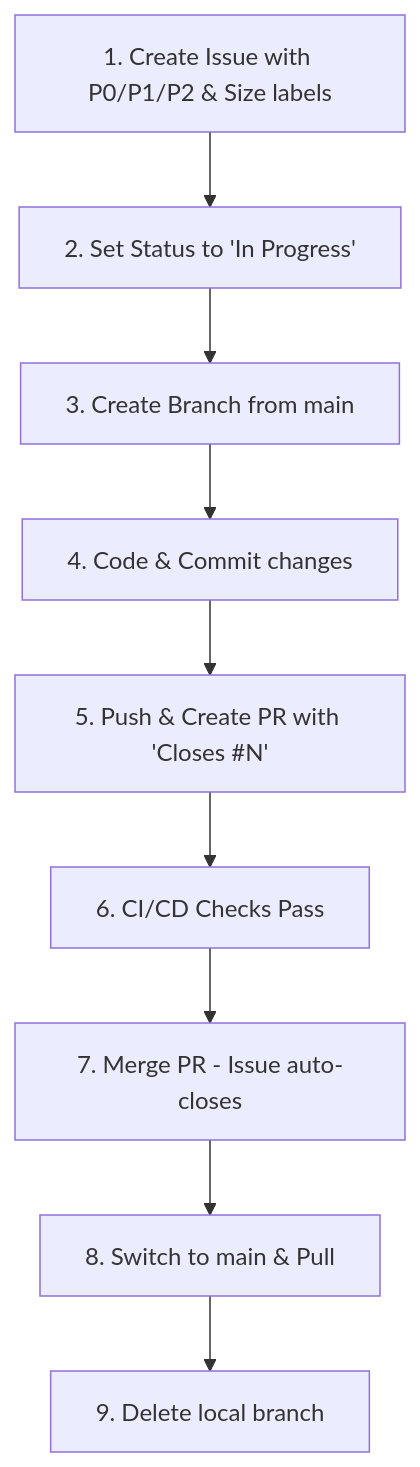
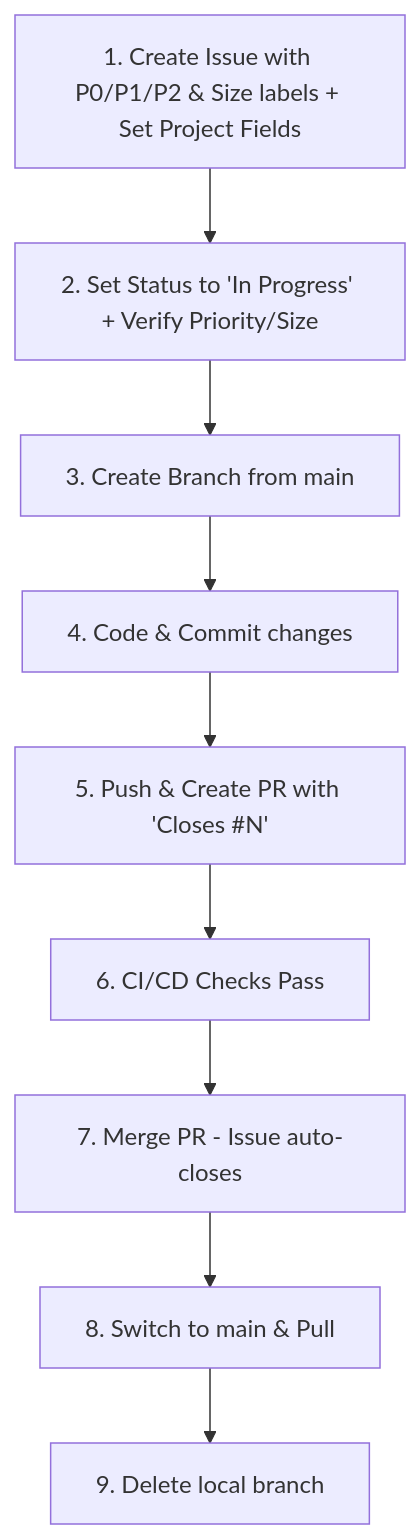
Before and after one commit to nmohamaya/Cooking_app: the diagram in MyRecipeApp/README.md, drawn with Mermaid. The commit also changed other lines of this file, not shown here.

First line of the commit message:
docs: add GitHub Project field requirement to workflow (Issue #28)

````diff
--- a/MyRecipeApp/README.md
+++ b/MyRecipeApp/README.md
@@ -105,11 +105,11 @@
 ```mermaid
 graph TD
-    A[1. Create Issue with P0/P1/P2 & Size labels] --> B[2. Set Status to 'In Progress']
+    A[1. Create Issue with P0/P1/P2 & Size labels + Set Project Fields] --> B[2. Set Status to 'In Progress' + Verify Priority/Size]
     B --> C[3. Create Branch from main]
     C --> D[4. Code & Commit changes]
     D --> E[5. Push & Create PR with 'Closes #N']
     E --> F[6. CI/CD Checks Pass]
     F --> G[7. Merge PR - Issue auto-closes]
     G --> H[8. Switch to main & Pull]
     H --> I[9. Delete local branch]
 ```
````
